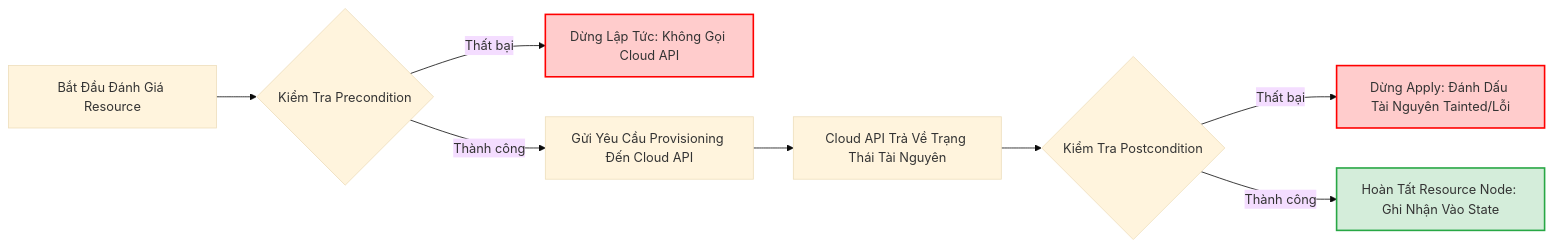
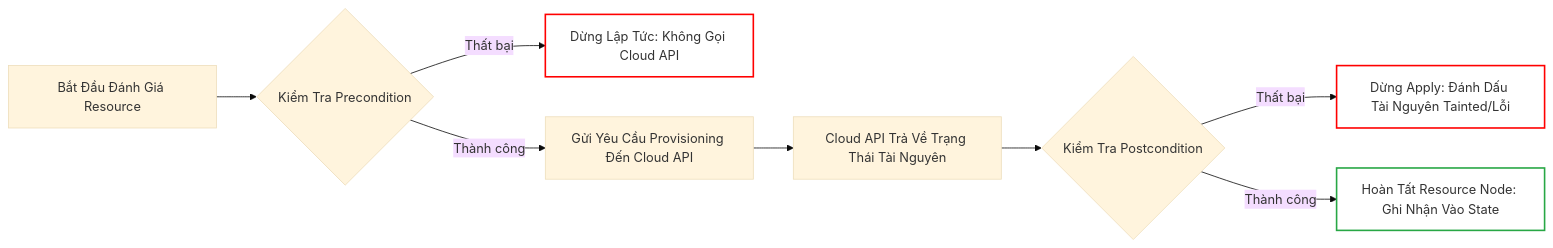
Before and after one commit to kiennt308/ntk: the third of 6 diagrams in _posts/2026-09-13-terraform-16-16-lifecycle-meta-arguments-create-before-destroy-prevent-destroy-ignore-changes.md, drawn with Mermaid (base theme). The commit also changed other lines of this file and 207 other files, not shown here.

Commit message:
feat(posts): batch standardize all 208 posts with TL;DR, qa-card accordion, fill:none mermaid, and liquid raw wrappers

````diff
--- a/_posts/2026-09-13-terraform-16-16-lifecycle-meta-arguments-create-before-destroy-prevent-destroy-ignore-changes.md
+++ b/_posts/2026-09-13-terraform-16-16-lifecycle-meta-arguments-create-before-destroy-prevent-destroy-ignore-changes.md
@@ -237,16 +241,16 @@
 ```mermaid
 flowchart LR
     A["Bắt Đầu Đánh Giá Resource"] --> B{Kiểm Tra Precondition}
     B -->|Thất bại| ERR1["Dừng Lập Tức: Không Gọi Cloud API"]
     B -->|Thành công| C["Gửi Yêu Cầu Provisioning Đến Cloud API"]
     C --> D["Cloud API Trả Về Trạng Thái Tài Nguyên"]
     D --> E{Kiểm Tra Postcondition}
     E -->|Thất bại| ERR2["Dừng Apply: Đánh Dấu Tài Nguyên Tainted/Lỗi"]
     E -->|Thành công| F["Hoàn Tất Resource Node: Ghi Nhận Vào State"]
 
-    style ERR1 fill:#ffcccc,stroke:#ff0000,stroke-width:2px
-    style ERR2 fill:#ffcccc,stroke:#ff0000,stroke-width:2px
-    style F fill:#d4edda,stroke:#28a745,stroke-width:2px
+    style ERR1 fill:none,stroke:#ff0000,stroke-width:2px
+    style ERR2 fill:none,stroke:#ff0000,stroke-width:2px
+    style F fill:none,stroke:#28a745,stroke-width:2px
 
 
 ```
````
